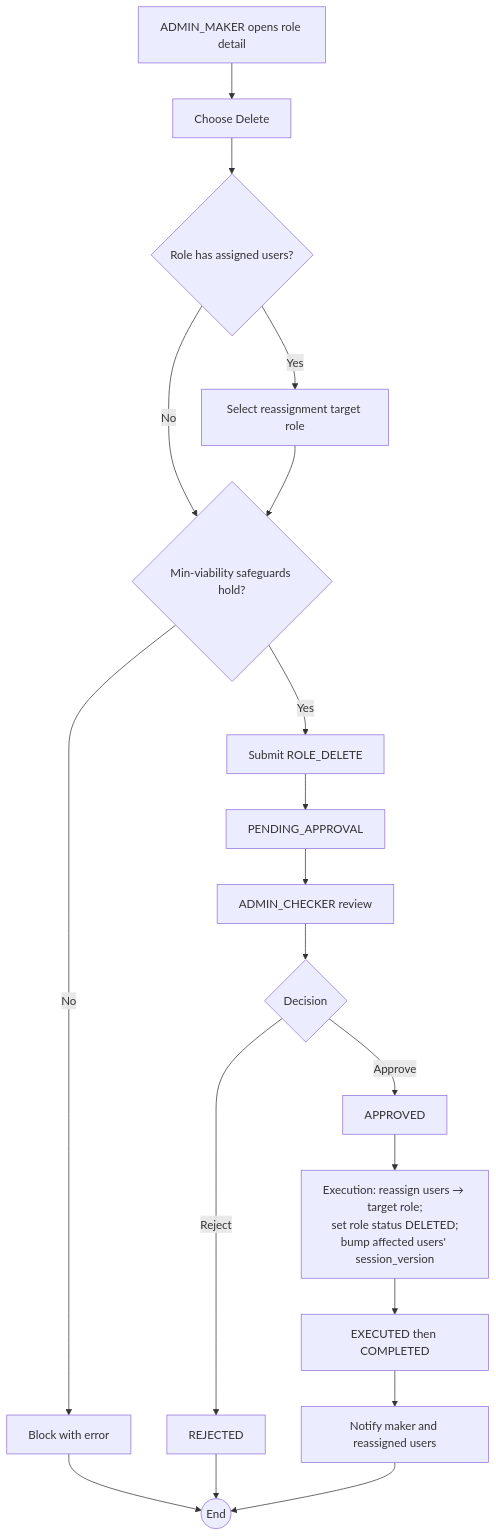
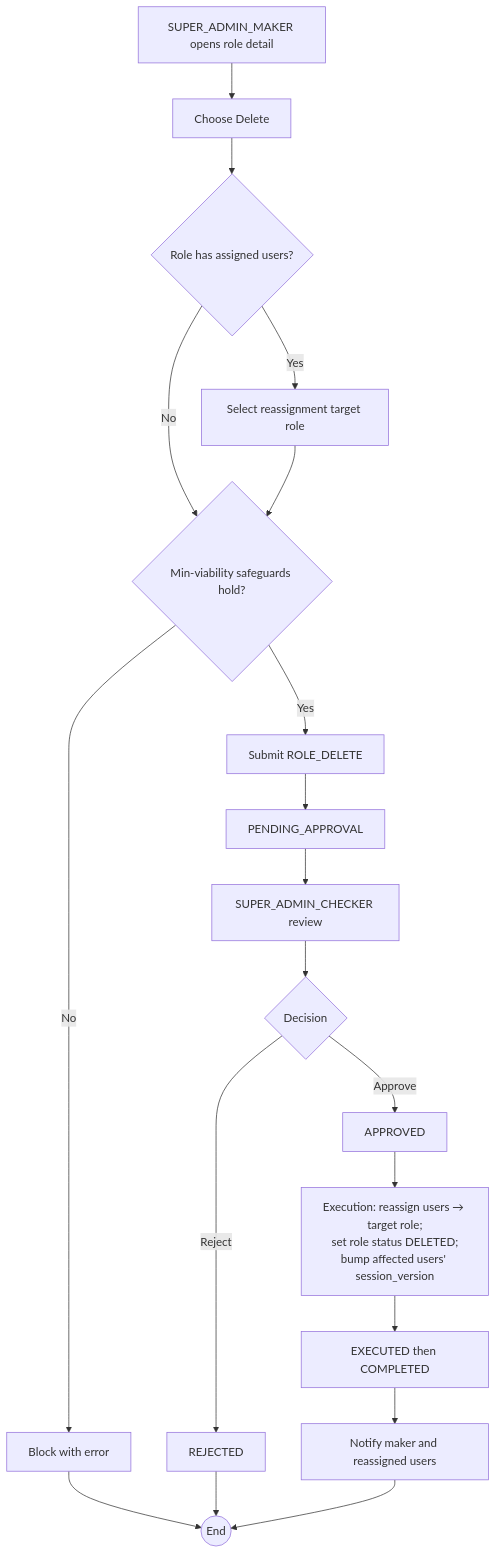
Before and after one commit to ruthvikchandravanam/Nexus-CA: the diagram in Docs/1-Requirements/Workflows/WF-018-role-deletion.md, drawn with Mermaid. The commit also changed other lines of this file and 33 other files, not shown here.

````diff
--- a/Docs/1-Requirements/Workflows/WF-018-role-deletion.md
+++ b/Docs/1-Requirements/Workflows/WF-018-role-deletion.md
@@ -22,19 +22,19 @@
 ```mermaid
 flowchart TD
-    A[ADMIN_MAKER opens role detail] --> B[Choose Delete]
+    A[SUPER_ADMIN_MAKER opens role detail] --> B[Choose Delete]
     B --> C{Role has assigned users?}
     C -- Yes --> D[Select reassignment target role]
     C -- No --> E
     D --> E{Min-viability safeguards hold?}
     E -- No --> E1[Block with error] --> Z((End))
     E -- Yes --> F[Submit ROLE_DELETE]
     F --> G[PENDING_APPROVAL]
-    G --> H[ADMIN_CHECKER review]
+    G --> H[SUPER_ADMIN_CHECKER review]
     H --> I{Decision}
     I -- Reject --> R[REJECTED] --> Z
     I -- Approve --> J[APPROVED]
     J --> K[Execution: reassign users → target role;<br/>set role status DELETED;<br/>bump affected users' session_version]
     K --> L[EXECUTED then COMPLETED]
     L --> M[Notify maker and reassigned users]
     M --> Z
 ```
````
